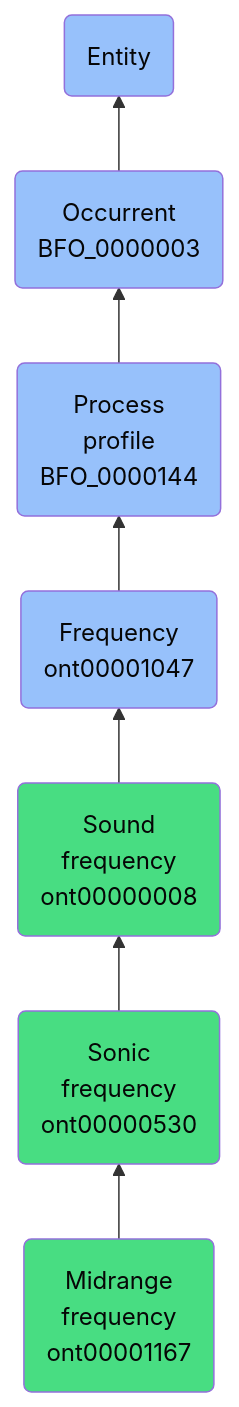
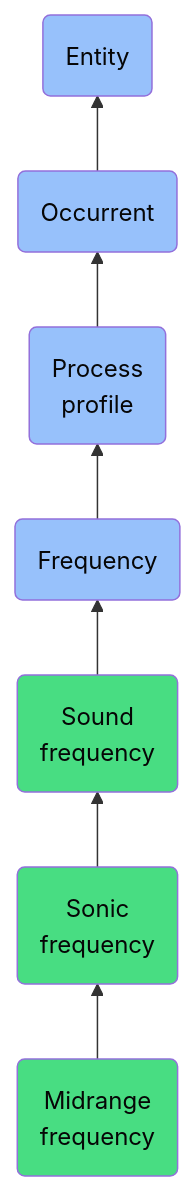
Before and after one commit to jupyter-naas/abi: the diagram in docs/ontology/reference/model/Entity/Occurrent/Process profile/Frequency/Sound frequency/Sonic frequency/Midrange frequency/Midrange frequency.md, drawn with Mermaid. The commit also changed other lines of this file and 1430 other files, not shown here.

````diff
--- a/docs/ontology/reference/model/Entity/Occurrent/Process profile/Frequency/Sound frequency/Sonic frequency/Midrange frequency/Midrange frequency.md
+++ b/docs/ontology/reference/model/Entity/Occurrent/Process profile/Frequency/Sound frequency/Sonic frequency/Midrange frequency/Midrange frequency.md
@@ -24,14 +24,14 @@
 ```mermaid
 graph BT
-    ont00001167(Midrange<br>frequency<br>ont00001167):::ABI-->ont00000530
-    ont00000530(Sonic<br>frequency<br>ont00000530):::ABI-->ont00000008
-    ont00000008(Sound<br>frequency<br>ont00000008):::ABI-->ont00001047
-    ont00001047(Frequency<br>ont00001047):::BFO-->BFO_0000144
-    BFO_0000144(Process<br>profile<br>BFO_0000144):::BFO-->BFO_0000003
-    BFO_0000003(Occurrent<br>BFO_0000003):::BFO-->BFO_0000001
+    ont00001167(Midrange<br>frequency):::ABI-->ont00000530
+    ont00000530(Sonic<br>frequency):::ABI-->ont00000008
+    ont00000008(Sound<br>frequency):::ABI-->ont00001047
+    ont00001047(Frequency):::BFO-->BFO_0000144
+    BFO_0000144(Process<br>profile):::BFO-->BFO_0000003
+    BFO_0000003(Occurrent):::BFO-->BFO_0000001
     BFO_0000001(Entity):::BFO
     
     classDef BFO fill:#97c1fb,color:#060606
     classDef CCO fill:#e4c51e,color:#060606
     classDef ABI fill:#48DD82,color:#060606
 ```
````
